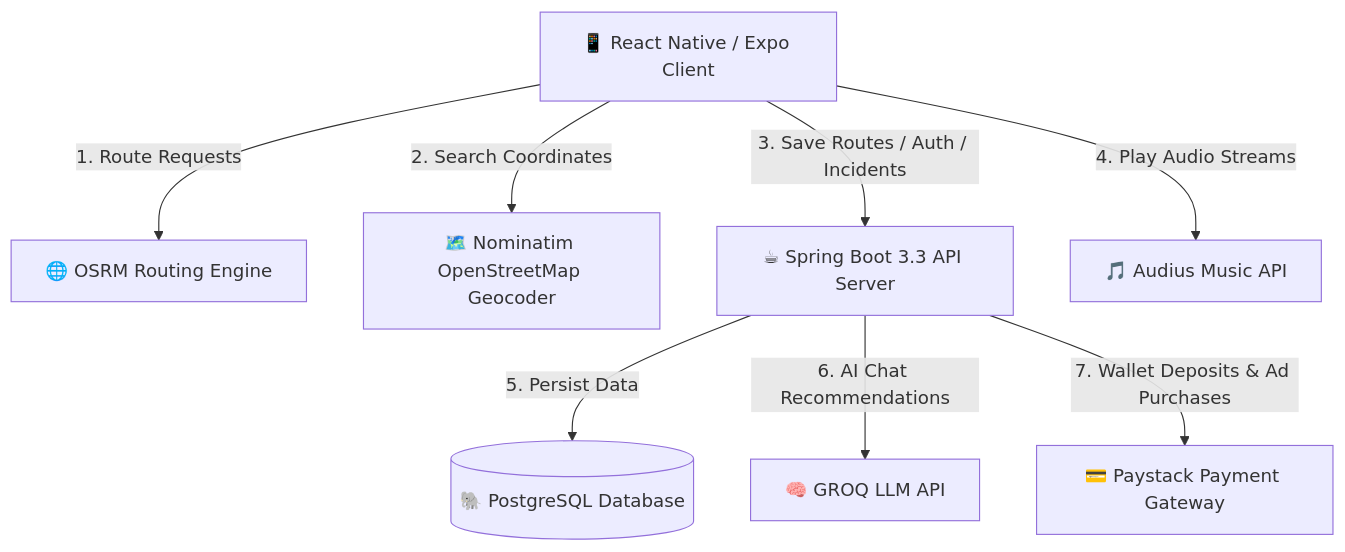
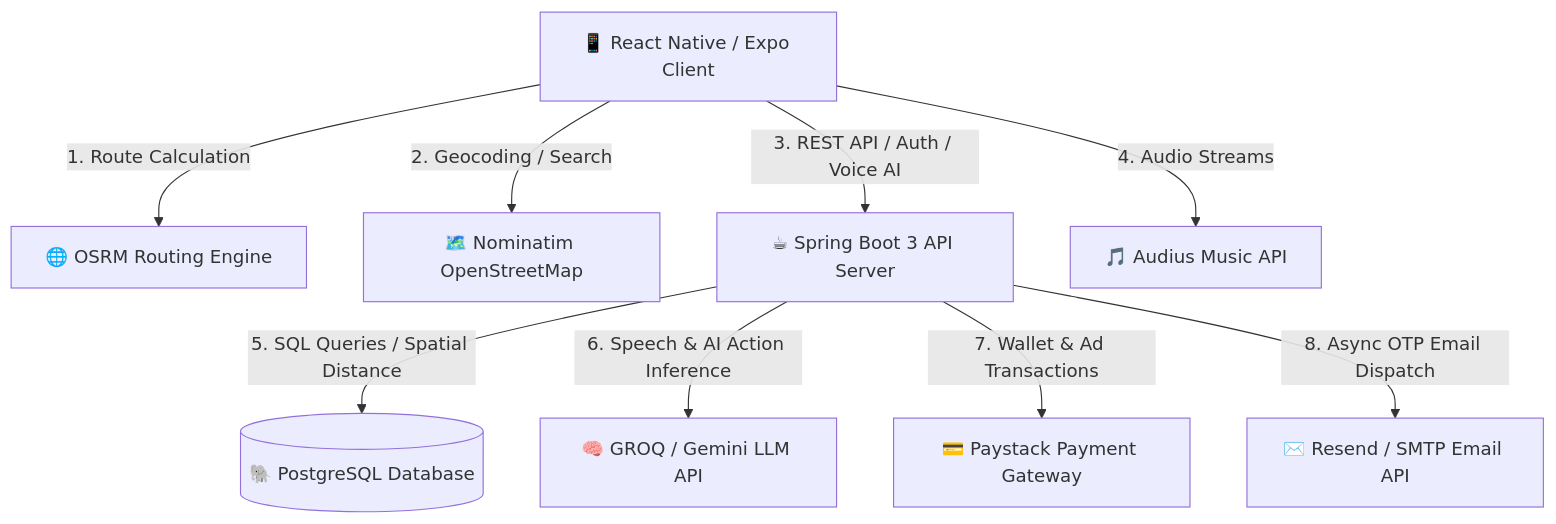
The diagram in README.md (Philemon12421/Pathy--CodequestProject), drawn with Mermaid before and after one commit. The commit also changed other lines of this file and 4 other files, not shown here.

Commit message:
feat: Voice input, AI action auto-filling forms across app, and updated technical documentation

````diff
--- a/README.md
+++ b/README.md
@@ -16,19 +13,21 @@
 ```mermaid
 graph TD
     Client[📱 React Native / Expo Client]
     OSRM[🌐 OSRM Routing Engine]
-    Nominatim[🗺️ Nominatim OpenStreetMap Geocoder]
-    Backend[☕ Spring Boot 3.3 API Server]
+    Nominatim[🗺️ Nominatim OpenStreetMap]
+    Backend[☕ Spring Boot 3 API Server]
     Postgres[(🐘 PostgreSQL Database)]
-    Groq[🧠 GROQ LLM API]
+    LLM[🧠 GROQ / Gemini LLM API]
     Paystack[💳 Paystack Payment Gateway]
     Audius[🎵 Audius Music API]
+    Resend[✉️ Resend / SMTP Email API]
 
-    Client -->|1. Route Requests| OSRM
-    Client -->|2. Search Coordinates| Nominatim
-    Client -->|3. Save Routes / Auth / Incidents| Backend
-    Client -->|4. Play Audio Streams| Audius
-    Backend -->|5. Persist Data| Postgres
-    Backend -->|6. AI Chat Recommendations| Groq
-    Backend -->|7. Wallet Deposits & Ad Purchases| Paystack
+    Client -->|1. Route Calculation| OSRM
+    Client -->|2. Geocoding / Search| Nominatim
+    Client -->|3. REST API / Auth / Voice AI| Backend
+    Client -->|4. Audio Streams| Audius
+    Backend -->|5. SQL Queries / Spatial Distance| Postgres
+    Backend -->|6. Speech & AI Action Inference| LLM
+    Backend -->|7. Wallet & Ad Transactions| Paystack
+    Backend -->|8. Async OTP Email Dispatch| Resend
 ```
````
